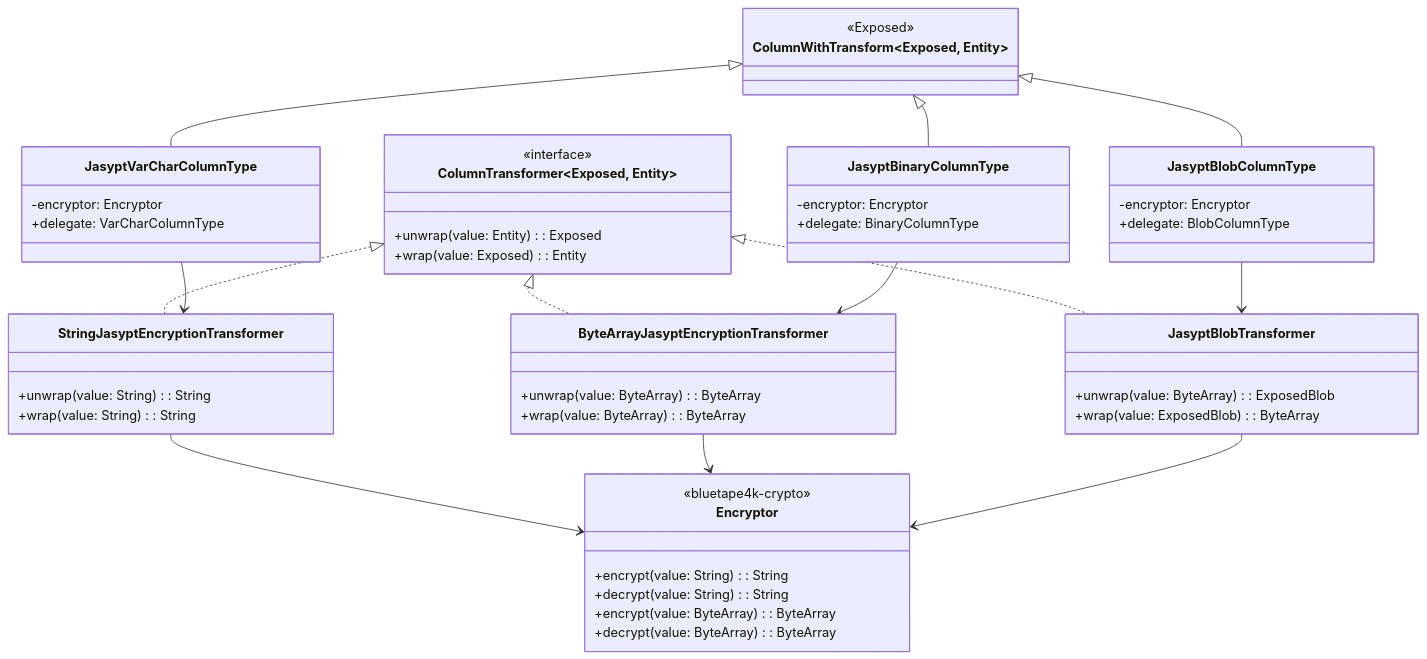
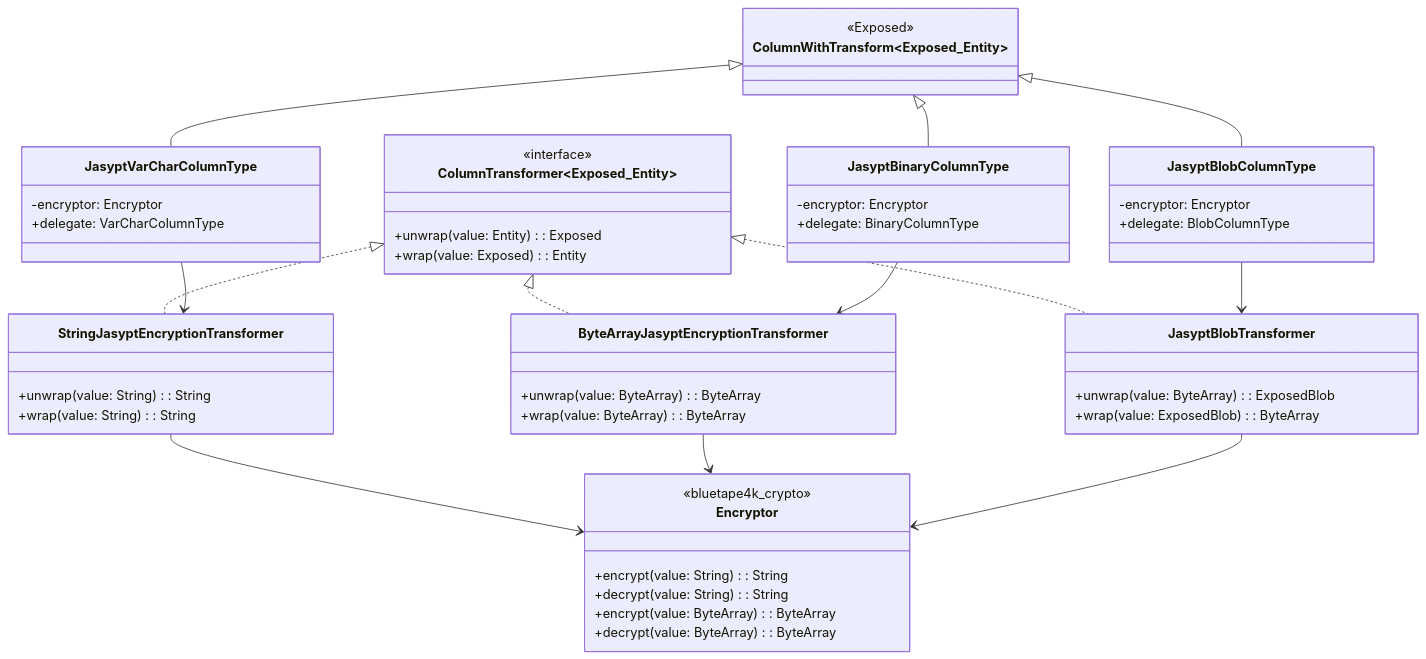
Before and after one commit to bluetape4k/bluetape4k-projects: the second of 4 diagrams in data/exposed-jasypt/README.md, drawn with Mermaid. The commit also changed other lines of this file and 95 other files, not shown here.

First line of the commit message:
docs: Mermaid 파서 오류 전체 수정 (IntelliJ IDEA 호환)

````diff
--- a/data/exposed-jasypt/README.md
+++ b/data/exposed-jasypt/README.md
@@ -108,61 +104,61 @@
 ```mermaid
 classDiagram
-    class ColumnWithTransform~Exposed, Entity~ {
+    class ColumnWithTransform~Exposed_Entity~ {
         <<Exposed>>
     }
-    class ColumnTransformer~Exposed, Entity~ {
+    class ColumnTransformer~Exposed_Entity~ {
         <<interface>>
         +unwrap(value: Entity): Exposed
         +wrap(value: Exposed): Entity
     }
 
     class JasyptVarCharColumnType {
         -encryptor: Encryptor
         +delegate: VarCharColumnType
     }
     class JasyptBinaryColumnType {
         -encryptor: Encryptor
         +delegate: BinaryColumnType
     }
     class JasyptBlobColumnType {
         -encryptor: Encryptor
         +delegate: BlobColumnType
     }
 
     class StringJasyptEncryptionTransformer {
         +unwrap(value: String): String
         +wrap(value: String): String
     }
     class ByteArrayJasyptEncryptionTransformer {
         +unwrap(value: ByteArray): ByteArray
         +wrap(value: ByteArray): ByteArray
     }
     class JasyptBlobTransformer {
         +unwrap(value: ByteArray): ExposedBlob
         +wrap(value: ExposedBlob): ByteArray
     }
 
     class Encryptor {
-        <<bluetape4k-crypto>>
+        <<bluetape4k_crypto>>
         +encrypt(value: String): String
         +decrypt(value: String): String
         +encrypt(value: ByteArray): ByteArray
         +decrypt(value: ByteArray): ByteArray
     }
 
     ColumnWithTransform <|-- JasyptVarCharColumnType
     ColumnWithTransform <|-- JasyptBinaryColumnType
     ColumnWithTransform <|-- JasyptBlobColumnType
 
     ColumnTransformer <|.. StringJasyptEncryptionTransformer
     ColumnTransformer <|.. ByteArrayJasyptEncryptionTransformer
     ColumnTransformer <|.. JasyptBlobTransformer
 
     JasyptVarCharColumnType --> StringJasyptEncryptionTransformer
     JasyptBinaryColumnType --> ByteArrayJasyptEncryptionTransformer
     JasyptBlobColumnType --> JasyptBlobTransformer
 
     StringJasyptEncryptionTransformer --> Encryptor
     ByteArrayJasyptEncryptionTransformer --> Encryptor
     JasyptBlobTransformer --> Encryptor
 ```
````
